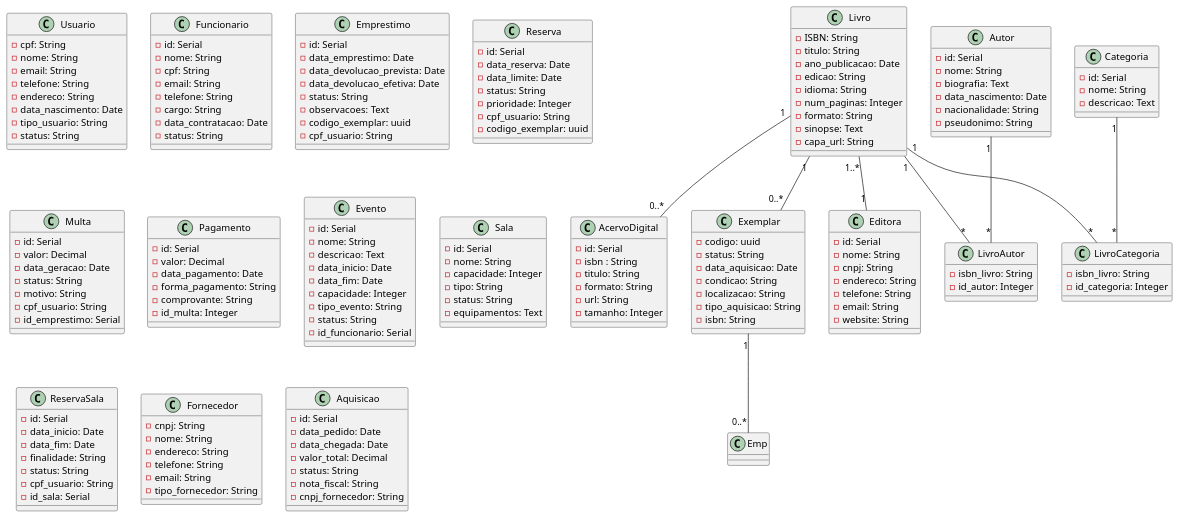
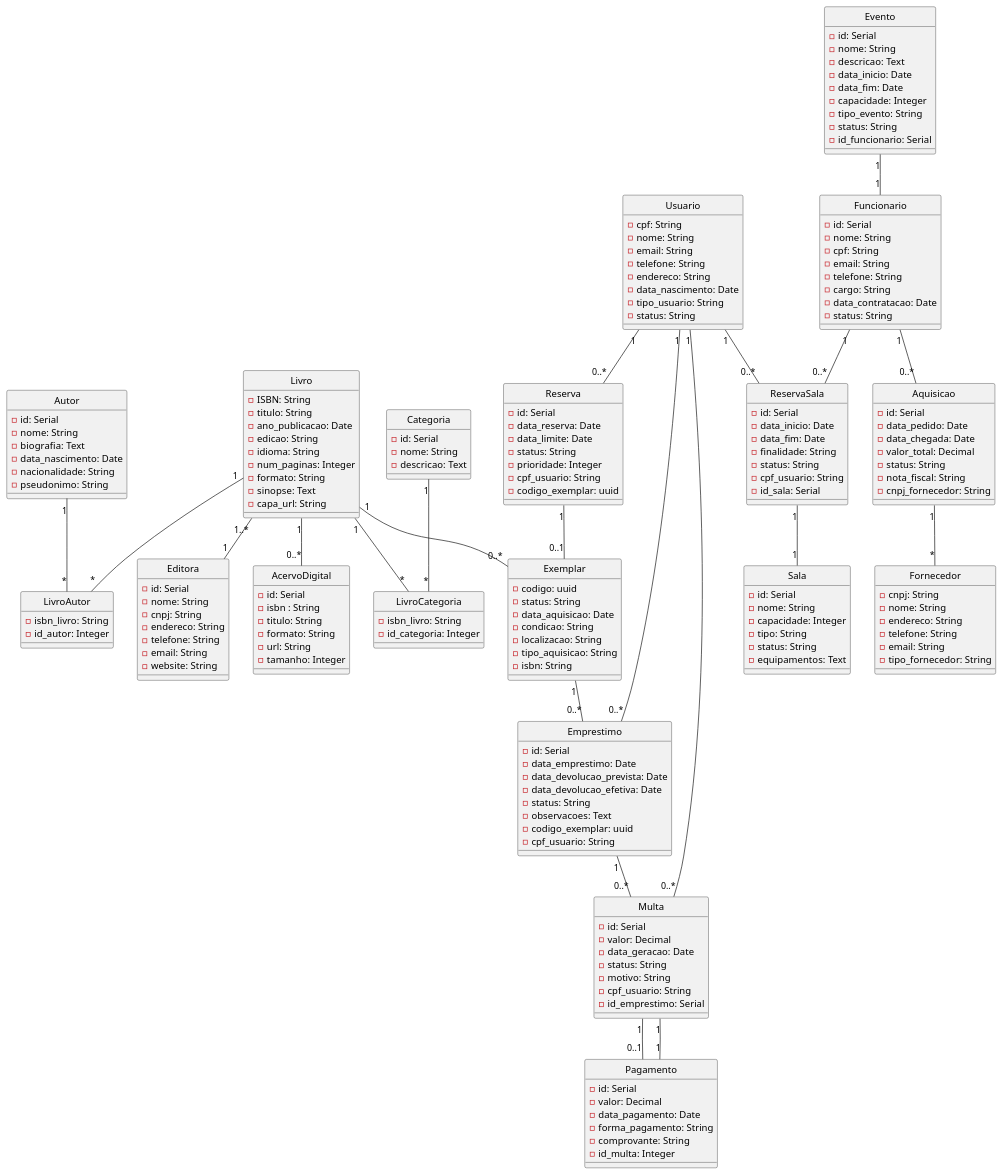
The diagram in PRJ-Final/conceitual.plantuml (Langsch/BD2-Projetos), drawn with PlantUML before and after one commit. The commit also changed 1 other file, not shown here.

Commit message:
Refactor UML diagram and SQL scripts: add relationships for new entities and update foreign key constraints

```diff
--- a/PRJ-Final/conceitual.plantuml
+++ b/PRJ-Final/conceitual.plantuml
@@ -178,14 +178,29 @@
     -id_categoria: Integer
 }
 
+
 Livro "1" -- "0..*" Exemplar
 Livro "1" -- "0..*" AcervoDigital
 Livro "1" -- "*" LivroAutor
-Autor "1" -- "*" LivroAutor
 Livro "1..*" -- "1" Editora
 Livro "1" -- "*" LivroCategoria
+Autor "1" -- "*" LivroAutor
 Categoria "1" -- "*" LivroCategoria
-Exemplar "1" -- "0..*" Emp
+Exemplar "1" -- "0..*" Emprestimo
+Usuario "1" -- "0..*" Emprestimo
+Usuario "1" -- "0..*" Reserva
+Usuario "1" -- "0..*" Multa
+Multa "1" -- "0..1" Pagamento
+Usuario "1" -- "0..*" ReservaSala
+Funcionario "1" -- "0..*" Aquisicao
+Funcionario "1" -- "0..*" ReservaSala
+Emprestimo "1" -- "0..*" Multa
+Reserva "1" -- "0..1" Exemplar
+ReservaSala "1" -- "1" Sala
+Pagamento "1" -- "1" Multa
+Aquisicao "1" -- "*" Fornecedor
+Evento "1" -- "1" Funcionario
 
 
+hide circle
 @enduml
```
